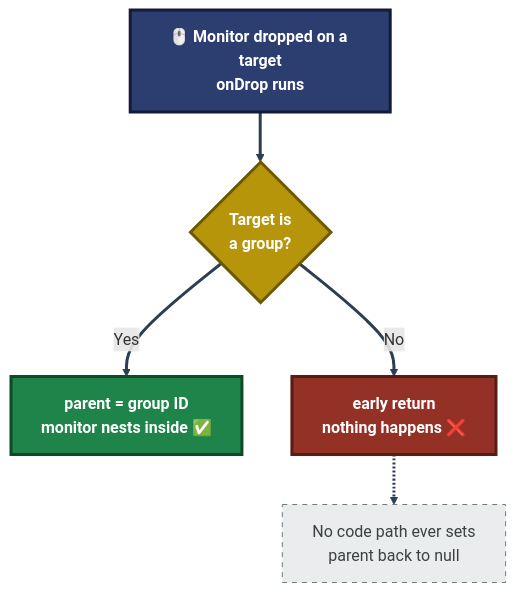
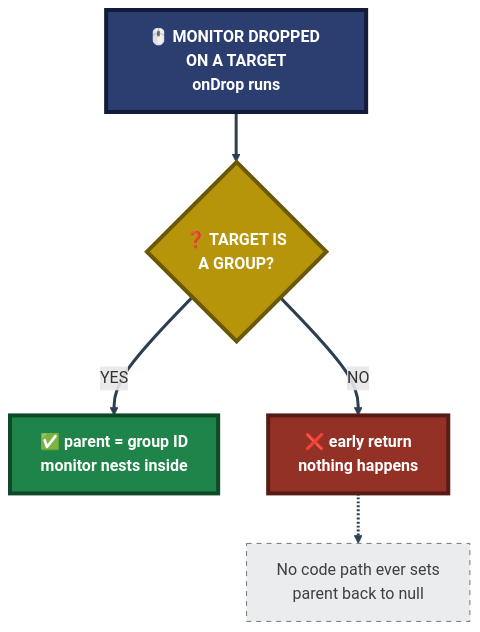
Before and after one commit to malaika-azhar/Real-World-Tier2-Support-Projects: the second of 4 diagrams in project-4-uptime-kuma-open-source-contribution/README.md, drawn with Mermaid. The commit also changed other lines of this file, not shown here.

````diff
--- a/project-4-uptime-kuma-open-source-contribution/README.md
+++ b/project-4-uptime-kuma-open-source-contribution/README.md
@@ -297,14 +406,14 @@
 ```mermaid
 flowchart TB
-    D["🖱️ Monitor dropped on a target<br/>onDrop runs"]:::start --> Q{"Target is<br/>a group?"}:::q
-    Q -->|Yes| Y["parent = group ID<br/>monitor nests inside ✅"]:::ok
-    Q -->|No| N["early return<br/>nothing happens ❌"]:::bad
+    D["🖱️ MONITOR DROPPED ON A TARGET<br/>onDrop runs"]:::start --> Q{"❓ TARGET IS<br/>A GROUP?"}:::q
+    Q -->|YES| Y["✅ parent = group ID<br/>monitor nests inside"]:::ok
+    Q -->|NO| N["❌ early return<br/>nothing happens"]:::bad
     N -.-> X["No code path ever sets<br/>parent back to null"]:::note
 
-    classDef start fill:#2C3E70,stroke:#131B3A,stroke-width:3px,color:#FFFFFF,font-weight:bold
-    classDef q fill:#B7950B,stroke:#6B5807,stroke-width:3px,color:#FFFFFF,font-weight:bold
-    classDef ok fill:#1E8449,stroke:#0E4A28,stroke-width:3px,color:#FFFFFF,font-weight:bold
-    classDef bad fill:#943126,stroke:#571C16,stroke-width:3px,color:#FFFFFF,font-weight:bold
+    classDef start fill:#2C3E70,stroke:#131B3A,stroke-width:4px,color:#FFFFFF,font-weight:bold
+    classDef q fill:#B7950B,stroke:#6B5807,stroke-width:4px,color:#FFFFFF,font-weight:bold
+    classDef ok fill:#1E8449,stroke:#0E4A28,stroke-width:4px,color:#FFFFFF,font-weight:bold
+    classDef bad fill:#943126,stroke:#571C16,stroke-width:4px,color:#FFFFFF,font-weight:bold
     classDef note fill:#EAECEE,stroke:#707B7C,color:#3B4142,stroke-dasharray: 5 5
     linkStyle default stroke:#2C3E50,stroke-width:3px
 ```
````
